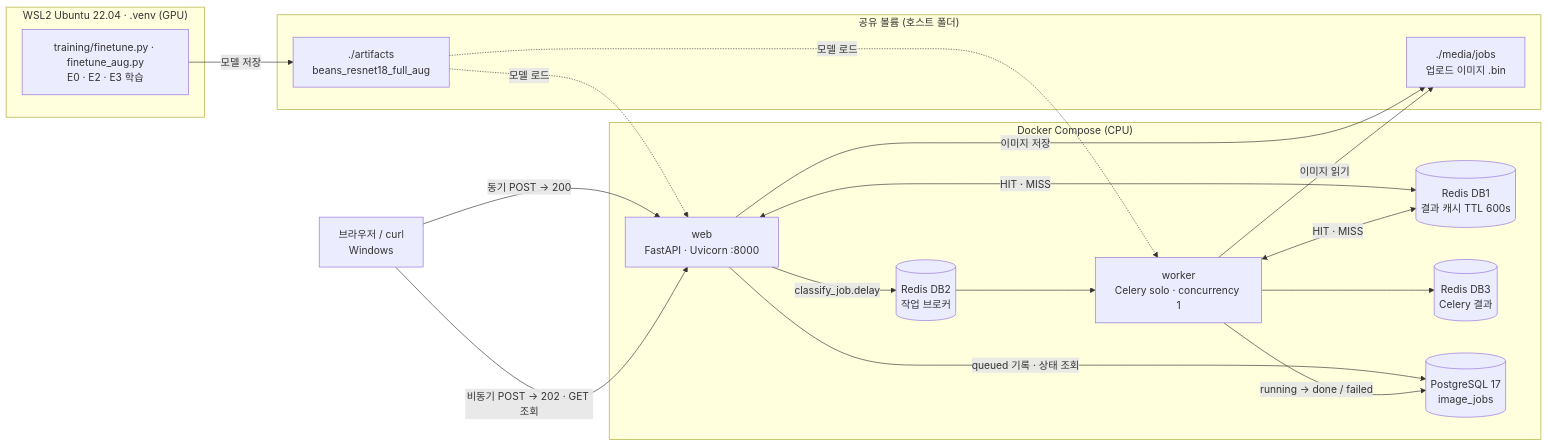
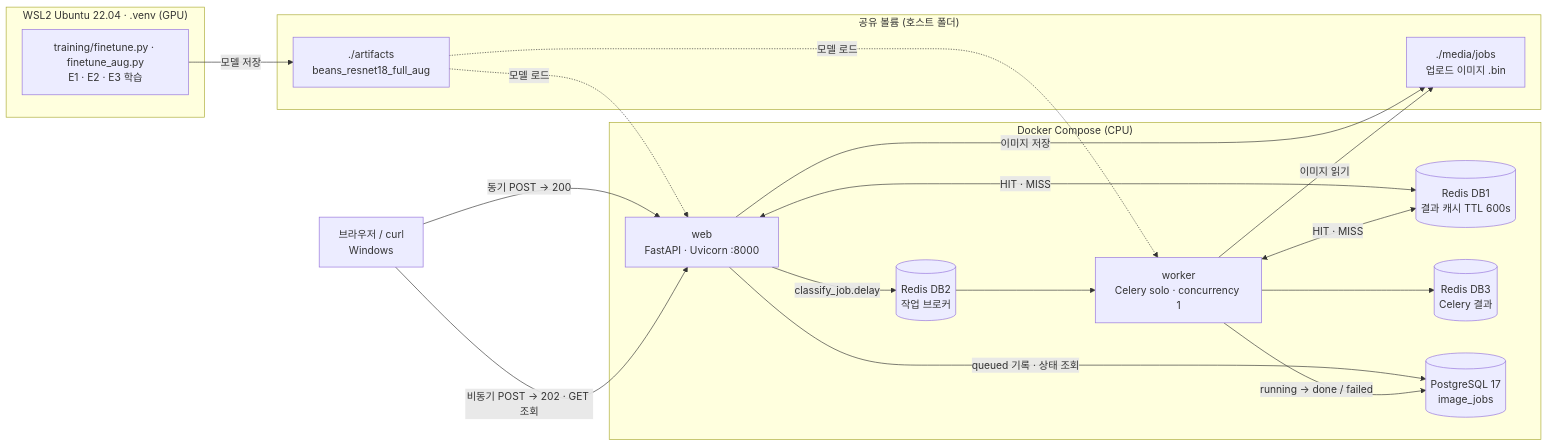
The diagram in reports/02_시스템_아키텍처.md (yonghoonchoi88/Soybean_Leaf_Identifier), drawn with Mermaid before and after one commit. The commit also changed other lines of this file and 26 other files, not shown here.

````diff
--- a/reports/02_시스템_아키텍처.md
+++ b/reports/02_시스템_아키텍처.md
@@ -17,33 +17,33 @@
 ```mermaid
 flowchart LR
     U["브라우저 / curl<br/>Windows"]
     subgraph WSL["WSL2 Ubuntu 22.04 · .venv (GPU)"]
-      T["training/finetune.py · finetune_aug.py<br/>E0 · E2 · E3 학습"]
+      T["training/finetune.py · finetune_aug.py<br/>E1 · E2 · E3 학습"]
     end
     subgraph DC["Docker Compose (CPU)"]
       W["web<br/>FastAPI · Uvicorn :8000"]
       C["worker<br/>Celery solo · concurrency 1"]
       R1[("Redis DB1<br/>결과 캐시 TTL 600s")]
       R2[("Redis DB2<br/>작업 브로커")]
       R3[("Redis DB3<br/>Celery 결과")]
       PG[("PostgreSQL 17<br/>image_jobs")]
     end
     subgraph VOL["공유 볼륨 (호스트 폴더)"]
       M["./artifacts<br/>beans_resnet18_full_aug"]
       J["./media/jobs<br/>업로드 이미지 .bin"]
     end
     T -->|모델 저장| M
     U -->|동기 POST → 200| W
     U -->|비동기 POST → 202 · GET 조회| W
     W <-->|HIT · MISS| R1
     W -->|queued 기록 · 상태 조회| PG
     W -->|이미지 저장| J
     W -->|classify_job.delay| R2
     R2 --> C
     C <-->|HIT · MISS| R1
     C -->|running → done / failed| PG
     C -->|이미지 읽기| J
     C --> R3
     M -.->|모델 로드| W
     M -.->|모델 로드| C
 ```
````
